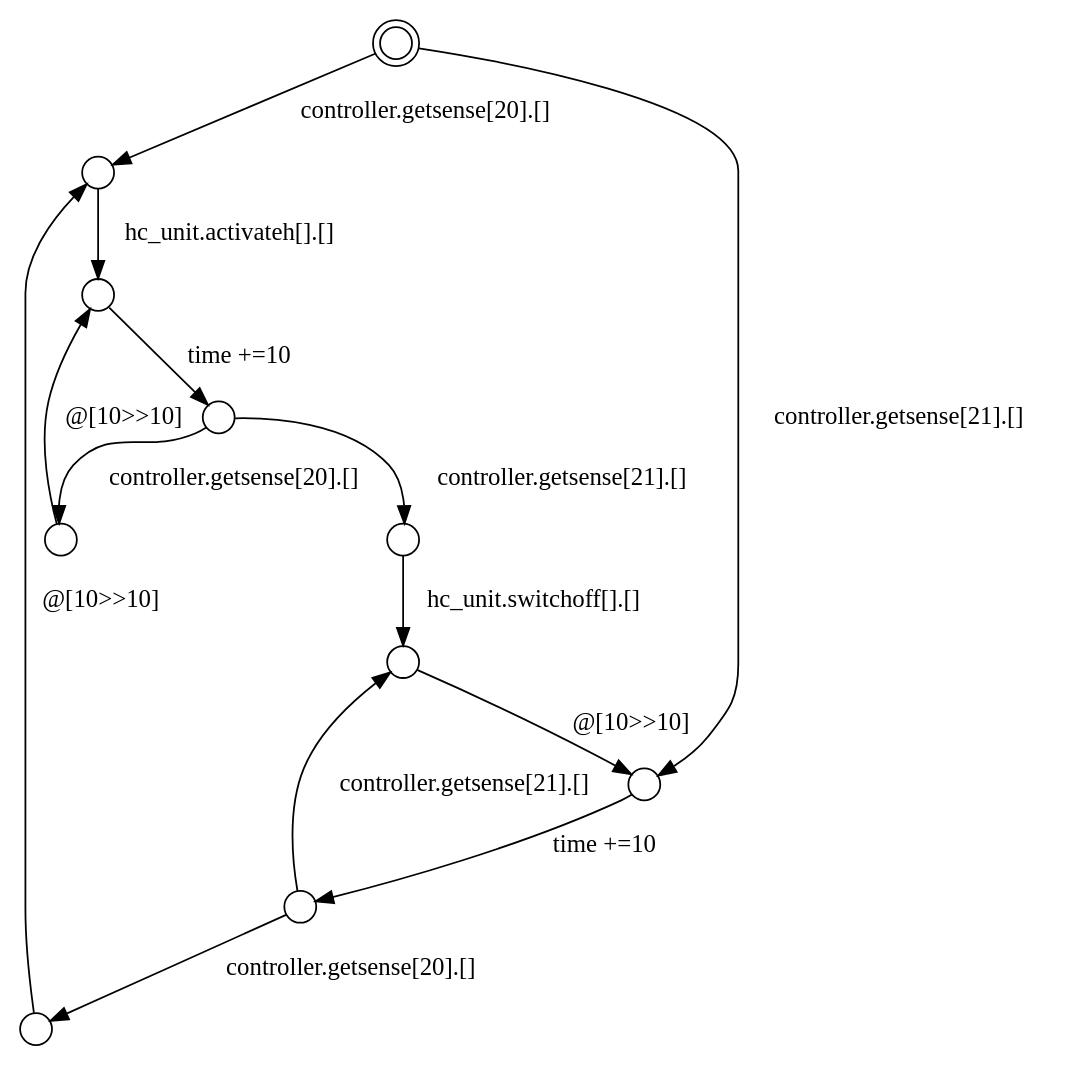
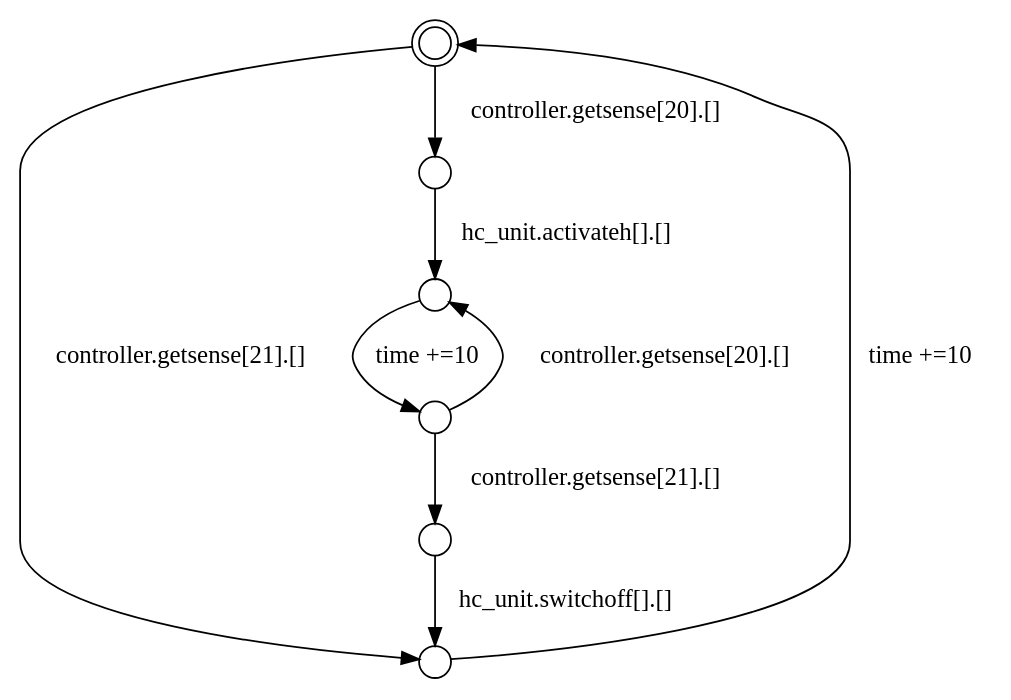
Before and after one commit to AliAtaollahi/Tinification: the diagram in TinyTwinGenerator/1-withoutacc.dot, drawn with Graphviz. The commit also changed 149 other files, not shown here.

```diff
--- a/TinyTwinGenerator/1-withoutacc.dot
+++ b/TinyTwinGenerator/1-withoutacc.dot
@@ -1,30 +1,21 @@
 digraph G {
 center = TRUE;
 mclimit = 10.0;
 nodesep = 0.05;
 node [ width=0.25, height=0.25, label="" ];
-S6 [ peripheries=2 ];
+S0 [ peripheries=2 ];
 S0
 S1
 S2
 S3
 S4
 S5
-S6
-S7
-S8
-S9
-S7 -> S9[label="controller.getsense[21].[]"];
-S7 -> S4[label="controller.getsense[20].[]"];
+S4 -> S1[label="controller.getsense[21].[]"];
+S4 -> S5[label="controller.getsense[20].[]"];
 S0 -> S2[label="controller.getsense[21].[]"];
-S0 -> S1[label="controller.getsense[20].[]"];
-S6 -> S8[label="controller.getsense[21].[]"];
-S6 -> S5[label="controller.getsense[20].[]"];
-S5 -> S3[label="hc_unit.activateh[].[]"];
-S8 -> S7[label="time +=10"];
-S3 -> S0[label="time +=10"];
-S2 -> S9[label="hc_unit.switchoff[].[]"];
-S9 -> S8[label="@[10>>10]"];
-S1 -> S3[label="@[10>>10]"];
-S4 -> S5[label="@[10>>10]"];
+S0 -> S3[label="controller.getsense[20].[]"];
+S3 -> S5[label="hc_unit.activateh[].[]"];
+S5 -> S4[label="time +=10"];
+S2 -> S0[label="time +=10"];
+S1 -> S2[label="hc_unit.switchoff[].[]"];
 }
```
